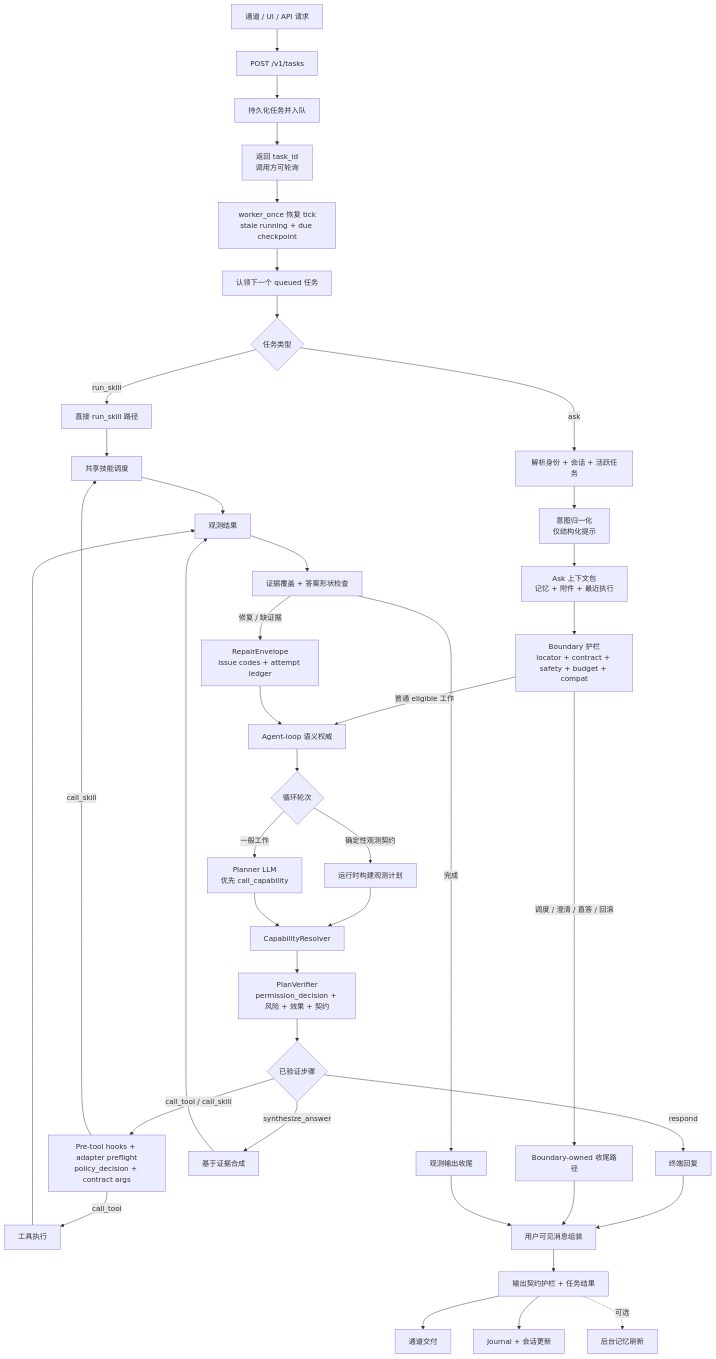
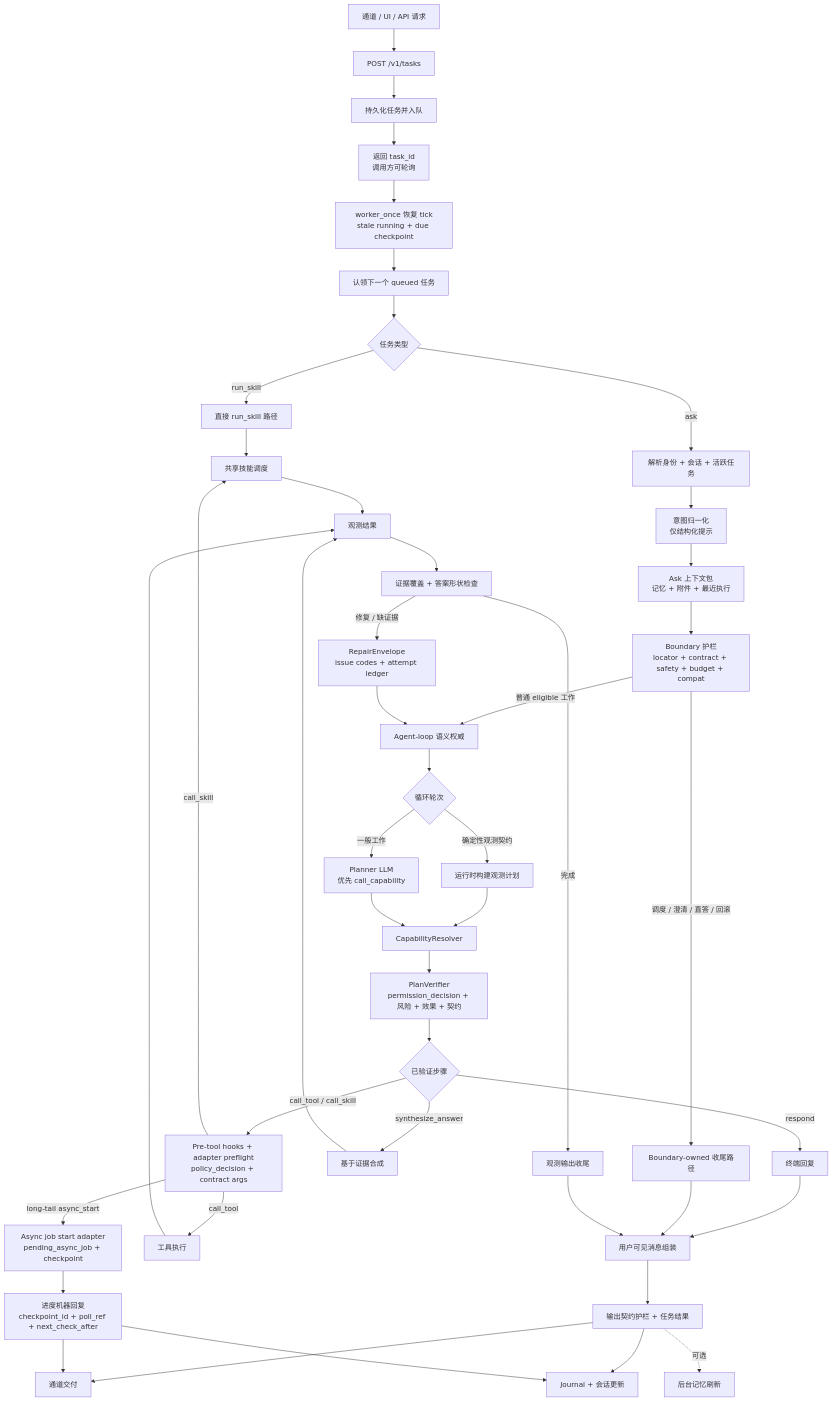
One commit to MatrixCoreX/RustClaw changed the first of 3 diagrams in README.zh-CN.md. Above: the diagram before and after it, drawn with Mermaid. The commit also changed other lines of this file and 1 other file, not shown here.

Commit message:
Update agent loop async flow docs

````diff
--- a/README.zh-CN.md
+++ b/README.zh-CN.md
@@ -28,43 +28,47 @@
 ```mermaid
 flowchart TD
     A[通道 / UI / API 请求] --> B[POST /v1/tasks]
     B --> C[持久化任务并入队]
     C --> D[返回 task_id<br/>调用方可轮询]
     D --> E0[worker_once 恢复 tick<br/>stale running + due checkpoint]
     E0 --> E1[认领下一个 queued 任务]
     E1 --> E{任务类型}
     E -->|run_skill| RS[直接 run_skill 路径]
     E -->|ask| F[解析身份 + 会话 + 活跃任务]
     F --> G[意图归一化<br/>仅结构化提示]
     G --> H[Ask 上下文包<br/>记忆 + 附件 + 最近执行]
     H --> I[Boundary 护栏<br/>locator + contract + safety + budget + compat]
     I -->|普通 eligible 工作| J[Agent-loop 语义权威]
     I -->|调度 / 澄清 / 直答 / 回滚| K[Boundary-owned 收尾路径]
     J --> L{循环轮次}
     L -->|确定性观测契约| M[运行时构建观测计划]
     L -->|一般工作| N[Planner LLM<br/>优先 call_capability]
     M --> O[CapabilityResolver]
     N --> O
     O --> P[PlanVerifier<br/>permission_decision + 风险 + 效果 + 契约]
     P --> Q{已验证步骤}
     Q -->|respond| R[终端回复]
     Q -->|synthesize_answer| S[基于证据合成]
     Q -->|call_tool / call_skill| QP[Pre-tool hooks + adapter preflight<br/>policy_decision + contract args]
+    QP -->|long-tail async_start| AS[Async job start adapter<br/>pending_async_job + checkpoint]
+    AS --> ASP[进度机器回复<br/>checkpoint_id + poll_ref + next_check_after]
     QP -->|call_tool| T[工具执行]
     QP -->|call_skill| U[共享技能调度]
     RS --> U
     T --> V[观测结果]
     U --> V
     S --> V
     V --> W[证据覆盖 + 答案形状检查]
     W -->|修复 / 缺证据| WR[RepairEnvelope<br/>issue codes + attempt ledger]
     WR --> J
     W -->|完成| X[观测输出收尾]
     R --> Y[用户可见消息组装]
     K --> Y
     X --> Y
     Y --> Z[输出契约护栏 + 任务结果]
     Z --> AA[通道交付]
     Z --> AB[Journal + 会话更新]
+    ASP --> AA
+    ASP --> AB
     Z -. 可选 .-> AC[后台记忆刷新]
 ```
````
